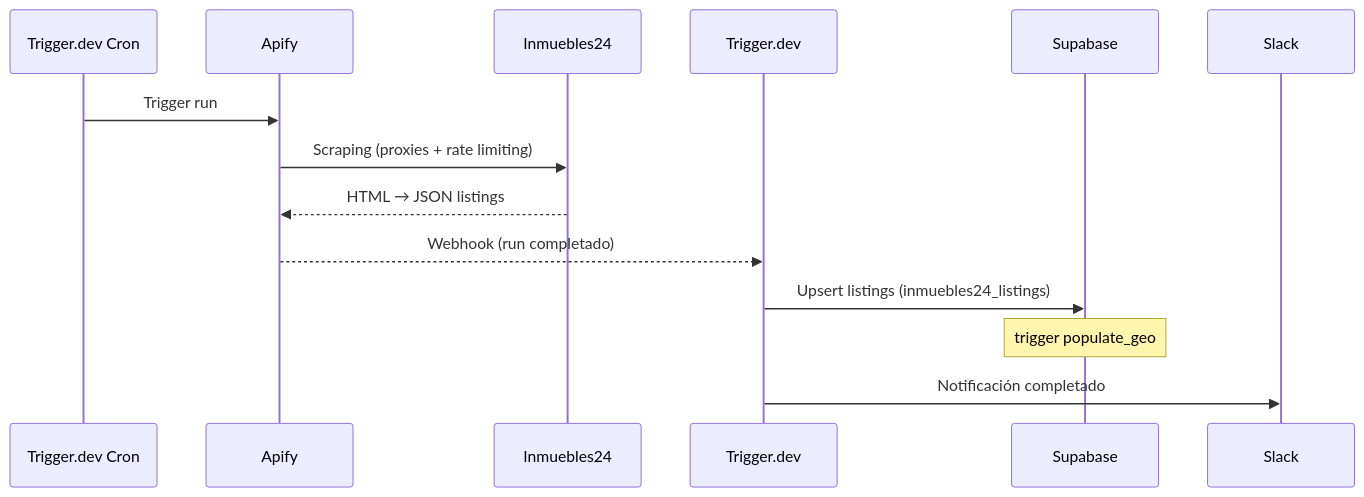
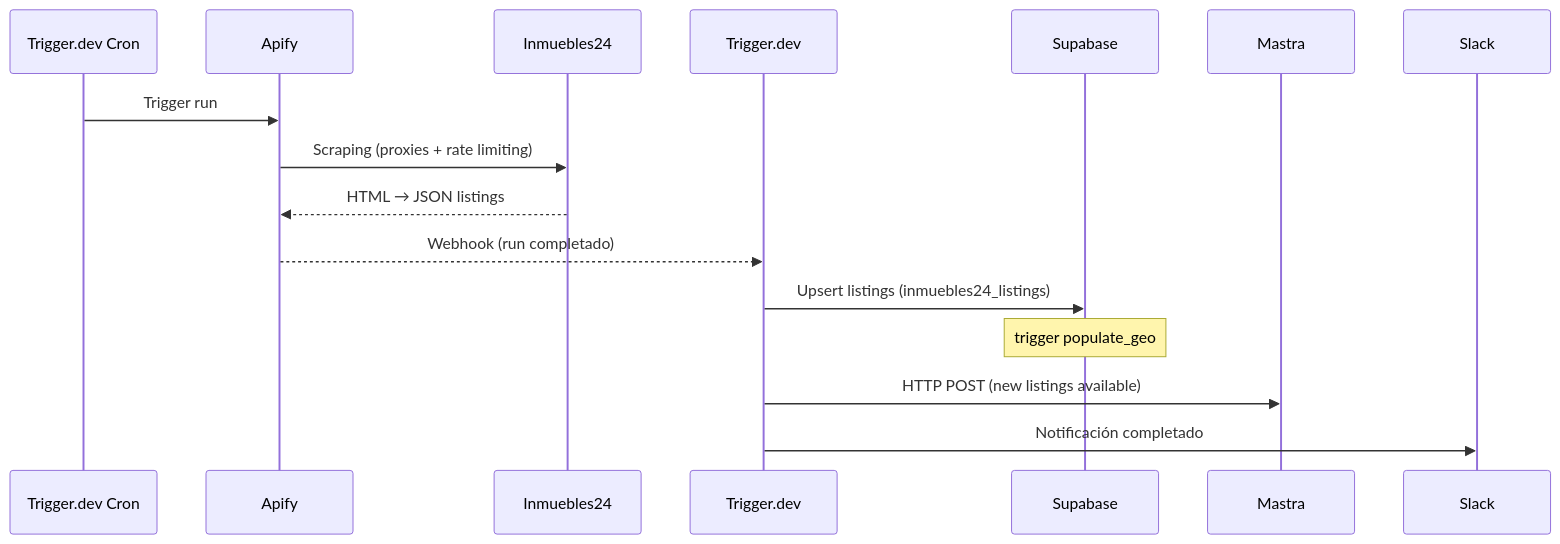
One commit to pablo-beiqa/beiqa-real-estate-platform changed the second of 6 diagrams in 02-Architecture/System-Architecture.md. Above: the diagram before and after it, drawn with Mermaid. The commit also changed other lines of this file and 13 other files, not shown here.

````diff
--- a/02-Architecture/System-Architecture.md
+++ b/02-Architecture/System-Architecture.md
@@ -189,17 +265,19 @@
 ```mermaid
 sequenceDiagram
     participant Cron as Trigger.dev Cron
     participant Apify
     participant Portal as Inmuebles24
     participant TDev as Trigger.dev
     participant Supabase
+    participant Mastra
     participant Slack
 
     Cron->>Apify: Trigger run
     Apify->>Portal: Scraping (proxies + rate limiting)
     Portal-->>Apify: HTML → JSON listings
     Apify-->>TDev: Webhook (run completado)
     TDev->>Supabase: Upsert listings (inmuebles24_listings)
     Note over Supabase: trigger populate_geo
+    TDev->>Mastra: HTTP POST (new listings available)
     TDev->>Slack: Notificación completado
 ```
````
